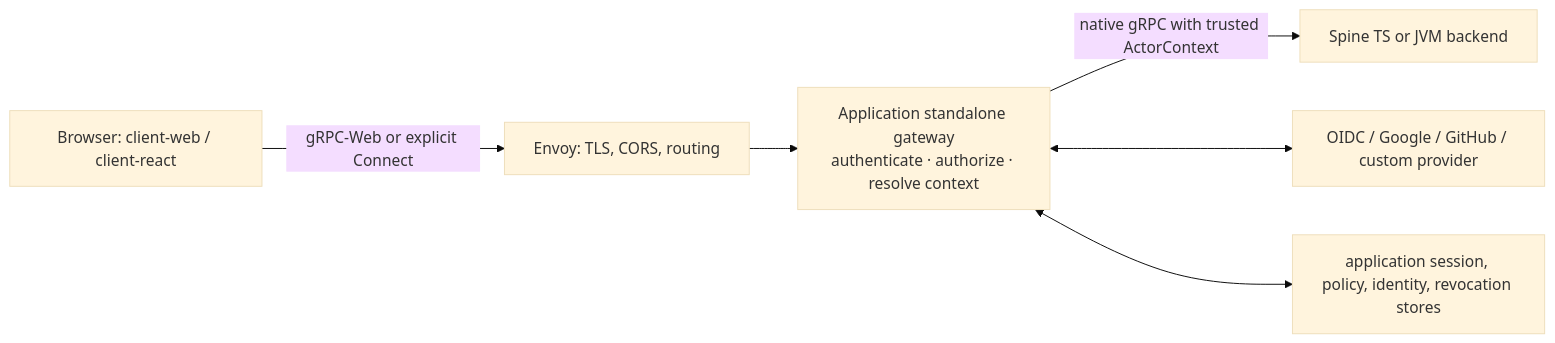
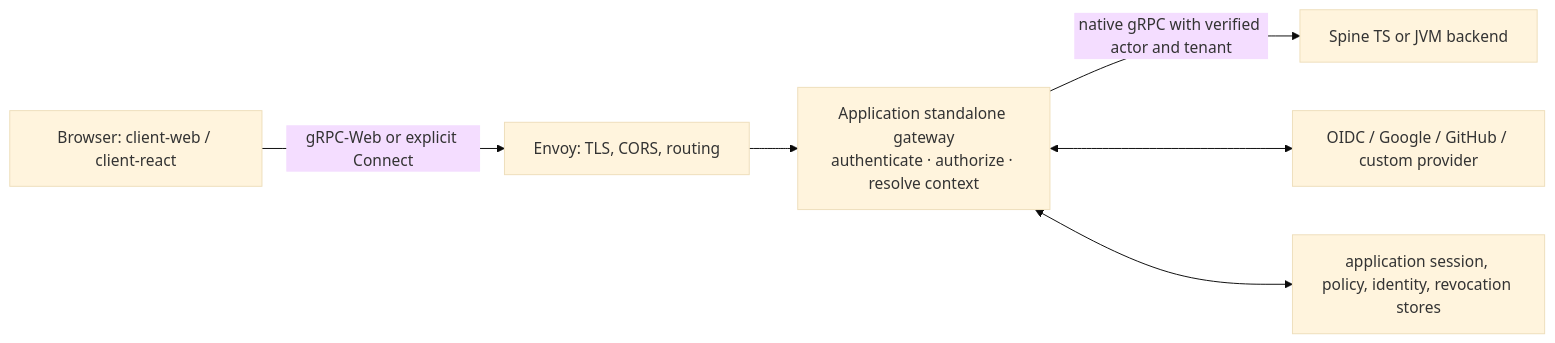
Before and after one commit to SpineEventEngine/spine-ts: the first of 4 diagrams in docs/BROWSER_CLIENT_AUTH_EXTENSION_GUIDE.md, drawn with Mermaid (base theme). The commit also changed other lines of this file and 88 other files, not shown here.

````diff
--- a/docs/BROWSER_CLIENT_AUTH_EXTENSION_GUIDE.md
+++ b/docs/BROWSER_CLIENT_AUTH_EXTENSION_GUIDE.md
@@ -25,8 +25,8 @@
 ```mermaid
 flowchart LR
   Browser["Browser: client-web / client-react"] -->|"gRPC-Web or explicit Connect"| Envoy
   Envoy["Envoy: TLS, CORS, routing"] --> Gateway
-  Gateway["Application standalone gateway\nauthenticate · authorize · resolve context"] -->|"native gRPC with trusted ActorContext"| Backend["Spine TS or JVM backend"]
+  Gateway["Application standalone gateway\nauthenticate · authorize · resolve context"] -->|"native gRPC with verified actor and tenant"| Backend["Spine TS or JVM backend"]
   Gateway <--> IdP["OIDC / Google / GitHub / custom provider"]
   Gateway <--> Stores["application session, policy, identity, revocation stores"]
 ```
````
